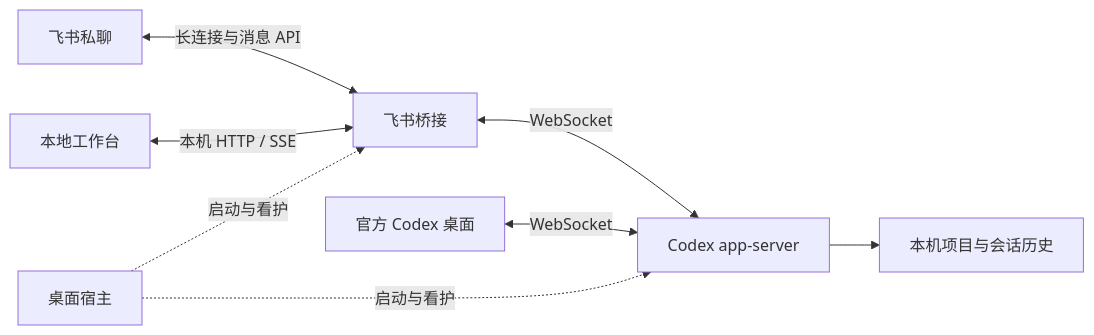
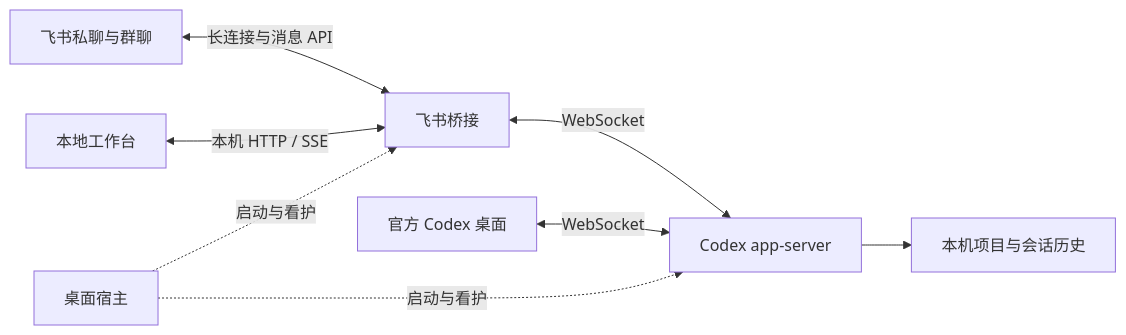
One commit to xinyu68/feishu-codex changed the diagram in DESIGN.md. Above: the diagram before and after it, drawn with Mermaid. The commit also changed other lines of this file and 42 other files, not shown here.

````diff
--- a/DESIGN.md
+++ b/DESIGN.md
@@ -5,10 +5,10 @@
 ```mermaid
 flowchart LR
-    Phone[飞书私聊] <-->|长连接与消息 API| Bridge[飞书桥接]
+    Phone[飞书私聊与群聊] <-->|长连接与消息 API| Bridge[飞书桥接]
     UI[本地工作台] <-->|本机 HTTP / SSE| Bridge
     Bridge <-->|WebSocket| Codex[Codex app-server]
     Desktop[官方 Codex 桌面] <-->|WebSocket| Codex
     Codex --> Project[本机项目与会话历史]
     Host[桌面宿主] -.启动与看护.-> Bridge
     Host -.启动与看护.-> Codex
 ```
````
